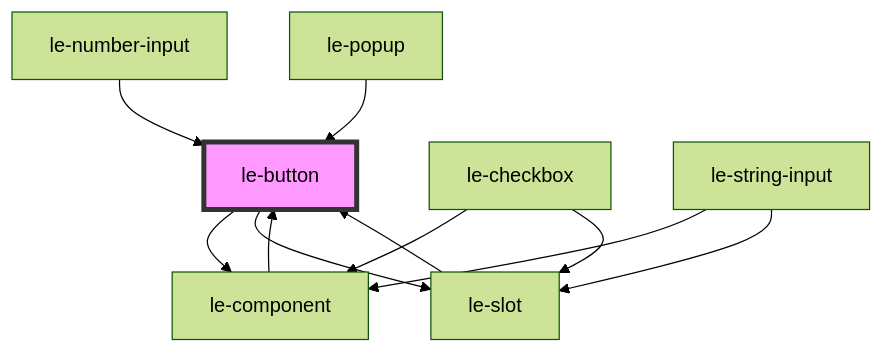
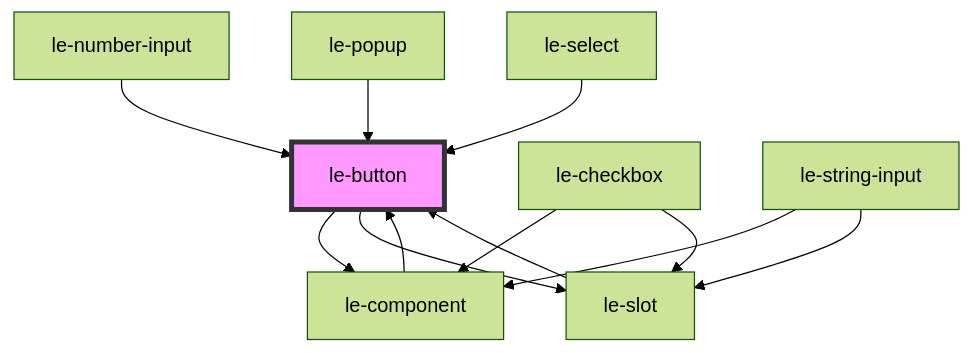
The diagram in src/components/le-button/readme.md (leechy/le-kit), drawn with Mermaid (forest theme) before and after one commit. The commit also changed other lines of this file and 5 other files, not shown here.

````diff
--- a/src/components/le-button/readme.md
+++ b/src/components/le-button/readme.md
@@ -138,14 +143,15 @@
 ```mermaid
 graph TD;
   le-button --> le-component
   le-button --> le-slot
   le-component --> le-button
   le-checkbox --> le-component
   le-checkbox --> le-slot
   le-slot --> le-button
   le-string-input --> le-component
   le-string-input --> le-slot
   le-number-input --> le-button
   le-popup --> le-button
+  le-select --> le-button
   style le-button fill:#f9f,stroke:#333,stroke-width:4px
 ```
````
